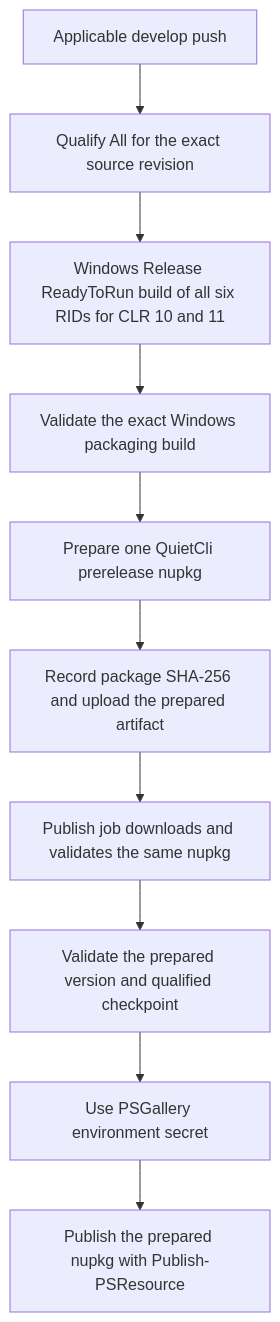
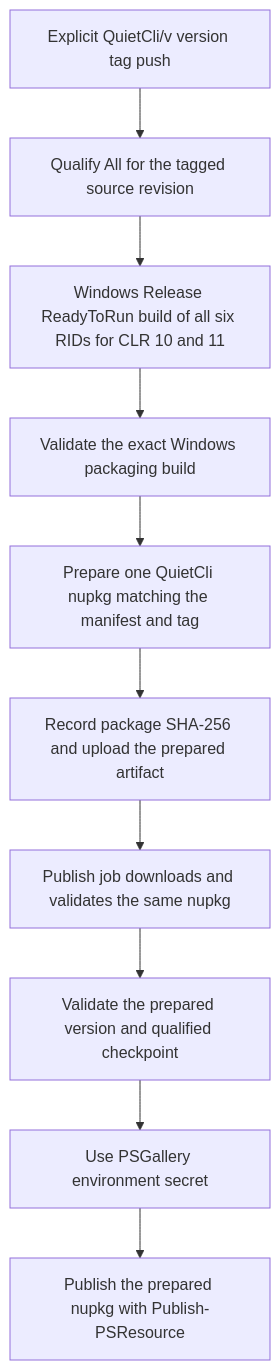
One commit to FrenchExDev2/QuietCli.PoSh changed the third of 5 diagrams in docs/ci/execution-model.md. Above: the diagram before and after it, drawn with Mermaid. The commit also changed other lines of this file and 28 other files, not shown here.

First line of the commit message:
feat(release): publish Core from explicit manifest-matched module tags

````diff
--- a/docs/ci/execution-model.md
+++ b/docs/ci/execution-model.md
@@ -74,12 +74,12 @@
 ```mermaid
 flowchart TD
-    D[Applicable develop push] --> Q[Qualify All for the exact source revision]
+    D[Explicit QuietCli/v version tag push] --> Q[Qualify All for the tagged source revision]
     Q --> W[Windows Release ReadyToRun build of all six RIDs for CLR 10 and 11]
     W --> T[Validate the exact Windows packaging build]
-    T --> P[Prepare one QuietCli prerelease nupkg]
+    T --> P[Prepare one QuietCli nupkg matching the manifest and tag]
     P --> H[Record package SHA-256 and upload the prepared artifact]
     H --> V[Publish job downloads and validates the same nupkg]
     V --> C[Validate the prepared version and qualified checkpoint]
     C --> K[Use PSGallery environment secret]
     K --> G[Publish the prepared nupkg with Publish-PSResource]
 ```
````
